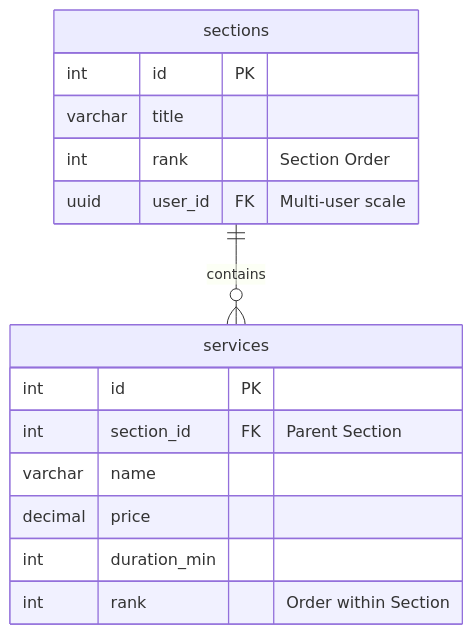
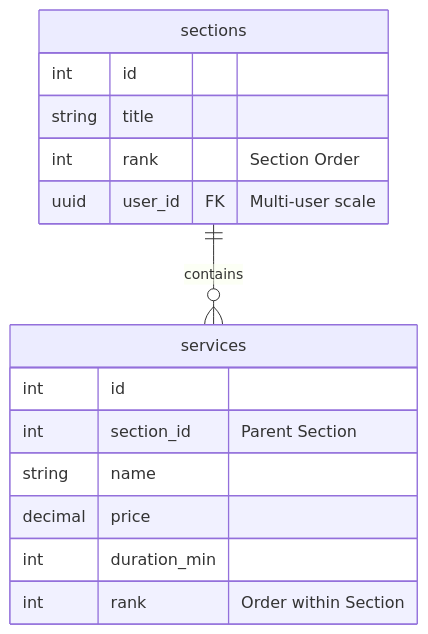
One commit to austinhillyard/bby_service_menu changed the diagram in README.md. Above: the diagram before and after it, drawn with Mermaid. The commit also changed other lines of this file, not shown here.

````diff
--- a/README.md
+++ b/README.md
@@ -48,20 +48,20 @@
 ```mermaid
 erDiagram
     sections ||--o{ services : contains
 
     sections {
-        int id PK
-        varchar title
+        int id
+        string title
         int rank "Section Order"
         uuid user_id FK "Multi-user scale"
     }
 
     services {
-        int id PK
-        int section_id FK "Parent Section"
-        varchar name
+        int id
+        int section_id "Parent Section"
+        string name
         decimal price
         int duration_min
         int rank "Order within Section"
     }
 ```
````
